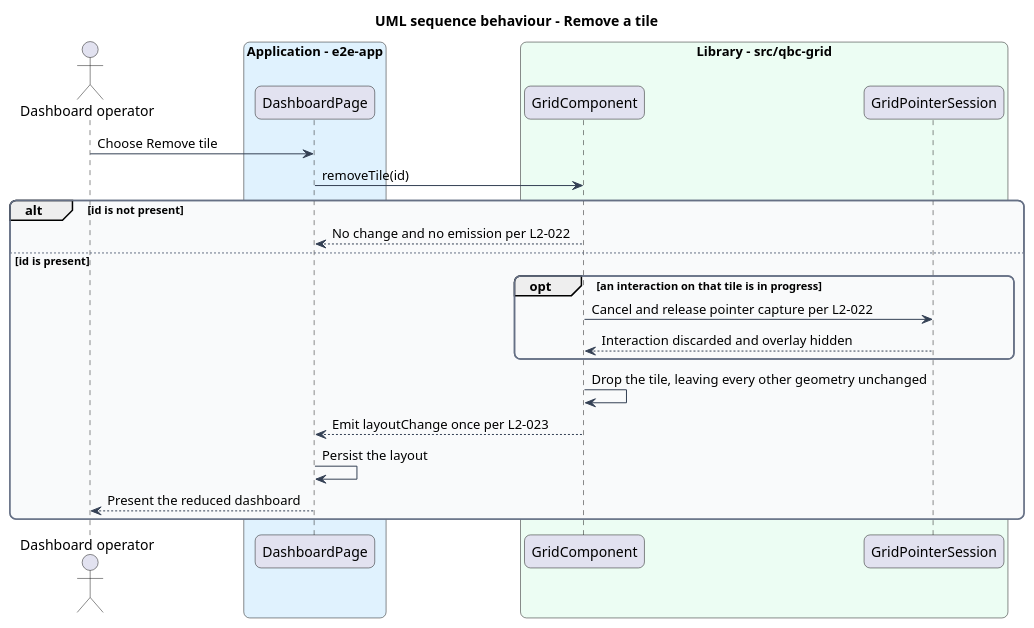
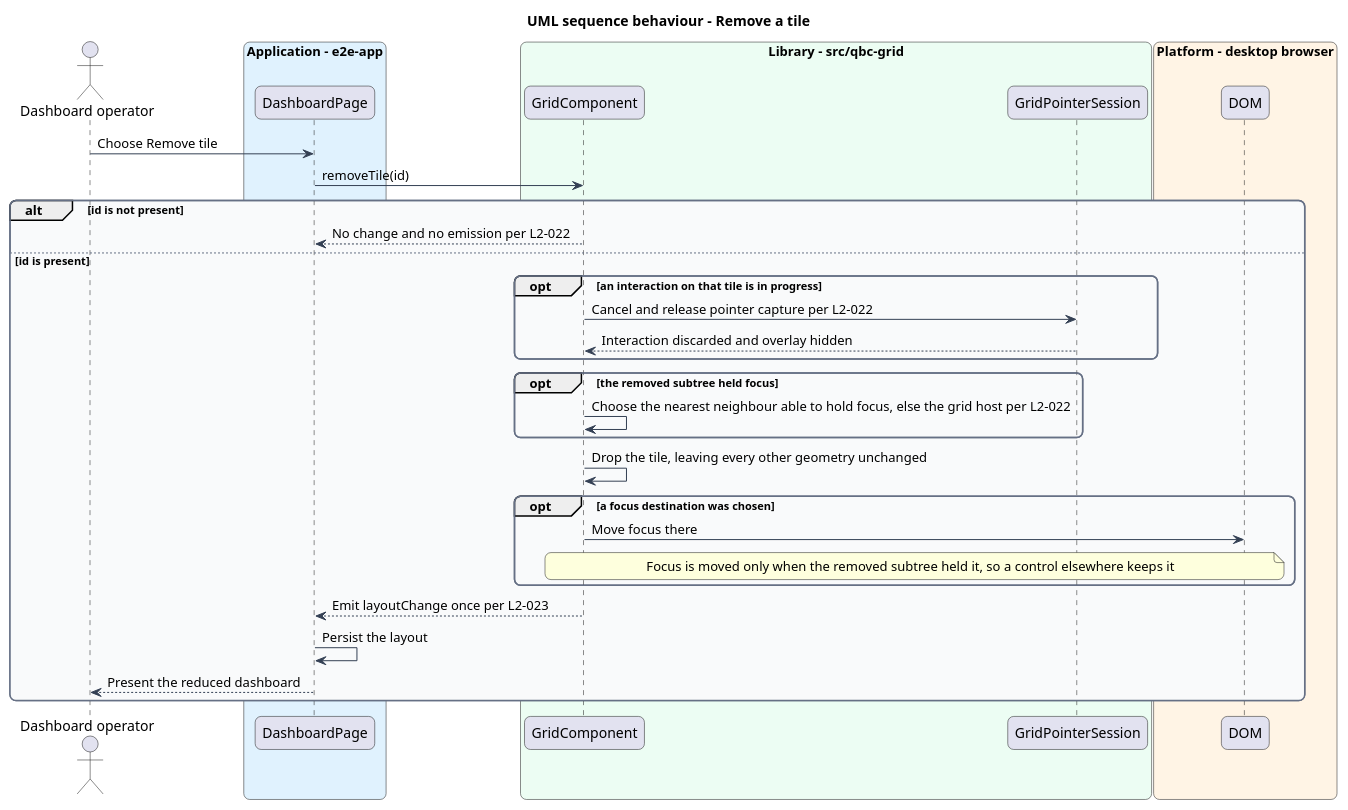
Before and after one commit to QuinntyneBrown/qbc-grid: the diagram in docs/detailed-designs/grid-layout/add-and-remove-tiles/diagrams/sequence-remove-tile.puml, drawn with PlantUML. The commit also changed 13 other files, not shown here.

```diff
--- a/docs/detailed-designs/grid-layout/add-and-remove-tiles/diagrams/sequence-remove-tile.puml
+++ b/docs/detailed-designs/grid-layout/add-and-remove-tiles/diagrams/sequence-remove-tile.puml
@@ -1,40 +1,50 @@
 @startuml
 title UML sequence behaviour - Remove a tile
 skinparam backgroundColor #FFFFFF
 skinparam shadowing false
 skinparam roundcorner 12
 skinparam defaultFontName Arial
 skinparam ArrowColor #344054
 skinparam rectangle {
   BorderColor #344054
   FontColor #101828
 }
 skinparam package {
   BorderColor #667085
   FontColor #101828
   BackgroundColor #F9FAFB
 }
 actor "Dashboard operator" as actor
 box "Application - e2e-app" #E0F2FE
   participant "DashboardPage" as page
 end box
 box "Library - src/qbc-grid" #ECFDF3
   participant "GridComponent" as grid
   participant "GridPointerSession" as session
 end box
+box "Platform - desktop browser" #FFF4E5
+  participant "DOM" as dom
+end box
 
 actor -> page : Choose Remove tile
 page -> grid : removeTile(id)
 alt id is not present
   grid --> page : No change and no emission per L2-022
 else id is present
   opt an interaction on that tile is in progress
     grid -> session : Cancel and release pointer capture per L2-022
     session --> grid : Interaction discarded and overlay hidden
   end
+  opt the removed subtree held focus
+    grid -> grid : Choose the nearest neighbour able to hold focus, else the grid host per L2-022
+  end
   grid -> grid : Drop the tile, leaving every other geometry unchanged
+  opt a focus destination was chosen
+    grid -> dom : Move focus there
+    note over grid, dom : Focus is moved only when the removed subtree held it, so a control elsewhere keeps it
+  end
   grid --> page : Emit layoutChange once per L2-023
   page -> page : Persist the layout
   page --> actor : Present the reduced dashboard
 end
 @enduml
```
